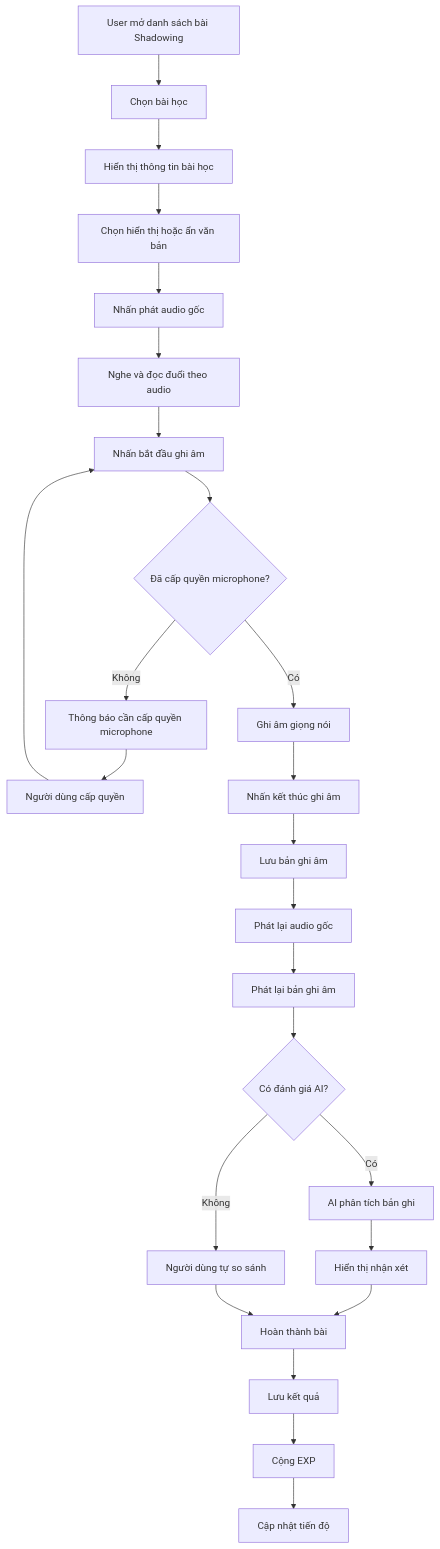
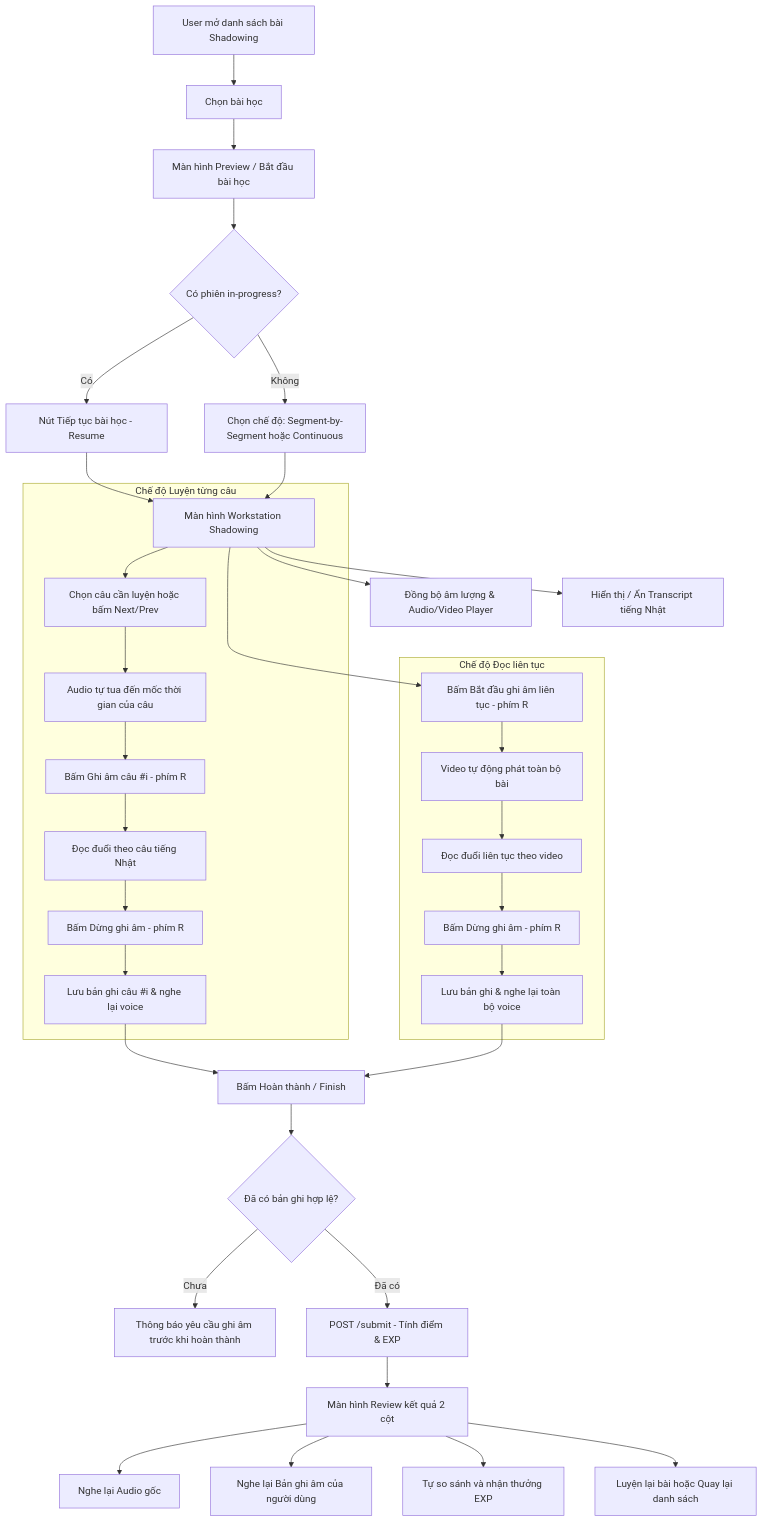
Before and after one commit to mrthinh307/kaiwa-up: the fifth of 14 diagrams in docs/03-user-flow.md, drawn with Mermaid. The commit also changed other lines of this file and 4 other files, not shown here.

Commit message:
docs(shadowing): update documentation to reflect dual-mode, APIs, and review features

````diff
--- a/docs/03-user-flow.md
+++ b/docs/03-user-flow.md
@@ -165,39 +165,44 @@
 ```mermaid
 flowchart TD
     A[User mở danh sách bài Shadowing] --> B[Chọn bài học]
+    B --> C[Màn hình Preview / Bắt đầu bài học]
 
-    B --> C[Hiển thị thông tin bài học]
-    C --> D[Chọn hiển thị hoặc ẩn văn bản]
+    C --> D{Có phiên in-progress?}
+    D -- Có --> E[Nút Tiếp tục bài học - Resume]
+    D -- Không --> F[Chọn chế độ: Segment-by-Segment hoặc Continuous]
+    E --> G[Màn hình Workstation Shadowing]
+    F --> G
 
-    D --> E[Nhấn phát audio gốc]
-    E --> F[Nghe và đọc đuổi theo audio]
+    G --> H[Đồng bộ âm lượng & Audio/Video Player]
+    G --> I[Hiển thị / Ẩn Transcript tiếng Nhật]
 
-    F --> G[Nhấn bắt đầu ghi âm]
-    G --> H{Đã cấp quyền microphone?}
+    subgraph SegmentPractice [Chế độ Luyện từng câu]
+        G --> J1[Chọn câu cần luyện hoặc bấm Next/Prev]
+        J1 --> K1[Audio tự tua đến mốc thời gian của câu]
+        K1 --> L1[Bấm Ghi âm câu #i - phím R]
+        L1 --> M1[Đọc đuổi theo câu tiếng Nhật]
+        M1 --> N1[Bấm Dừng ghi âm - phím R]
+        N1 --> O1[Lưu bản ghi câu #i & nghe lại voice]
+    end
 
-    H -- Không --> I[Thông báo cần cấp quyền microphone]
-    I --> J[Người dùng cấp quyền]
-    J --> G
+    subgraph ContinuousPractice [Chế độ Đọc liên tục]
+        G --> J2[Bấm Bắt đầu ghi âm liên tục - phím R]
+        J2 --> K2[Video tự động phát toàn bộ bài]
+        K2 --> L2[Đọc đuổi liên tục theo video]
+        L2 --> M2[Bấm Dừng ghi âm - phím R]
+        M2 --> N2[Lưu bản ghi & nghe lại toàn bộ voice]
+    end
 
-    H -- Có --> K[Ghi âm giọng nói]
+    O1 --> P[Bấm Hoàn thành / Finish]
+    N2 --> P
 
-    K --> L[Nhấn kết thúc ghi âm]
-    L --> M[Lưu bản ghi âm]
+    P --> Q{Đã có bản ghi hợp lệ?}
+    Q -- Chưa --> R[Thông báo yêu cầu ghi âm trước khi hoàn thành]
+    Q -- Đã có --> S[POST /submit - Tính điểm & EXP]
 
-    M --> N[Phát lại audio gốc]
-    N --> O[Phát lại bản ghi âm]
-
-    O --> P{Có đánh giá AI?}
-
-    P -- Có --> Q[AI phân tích bản ghi]
-    Q --> R[Hiển thị nhận xét]
-
-    P -- Không --> S[Người dùng tự so sánh]
-
-    R --> T[Hoàn thành bài]
-    S --> T
-
-    T --> U[Lưu kết quả]
-    U --> V[Cộng EXP]
-    V --> W[Cập nhật tiến độ]
+    S --> T[Màn hình Review kết quả 2 cột]
+    T --> U[Nghe lại Audio gốc]
+    T --> V[Nghe lại Bản ghi âm của người dùng]
+    T --> W[Tự so sánh và nhận thưởng EXP]
+    T --> X[Luyện lại bài hoặc Quay lại danh sách]
 ```
````
